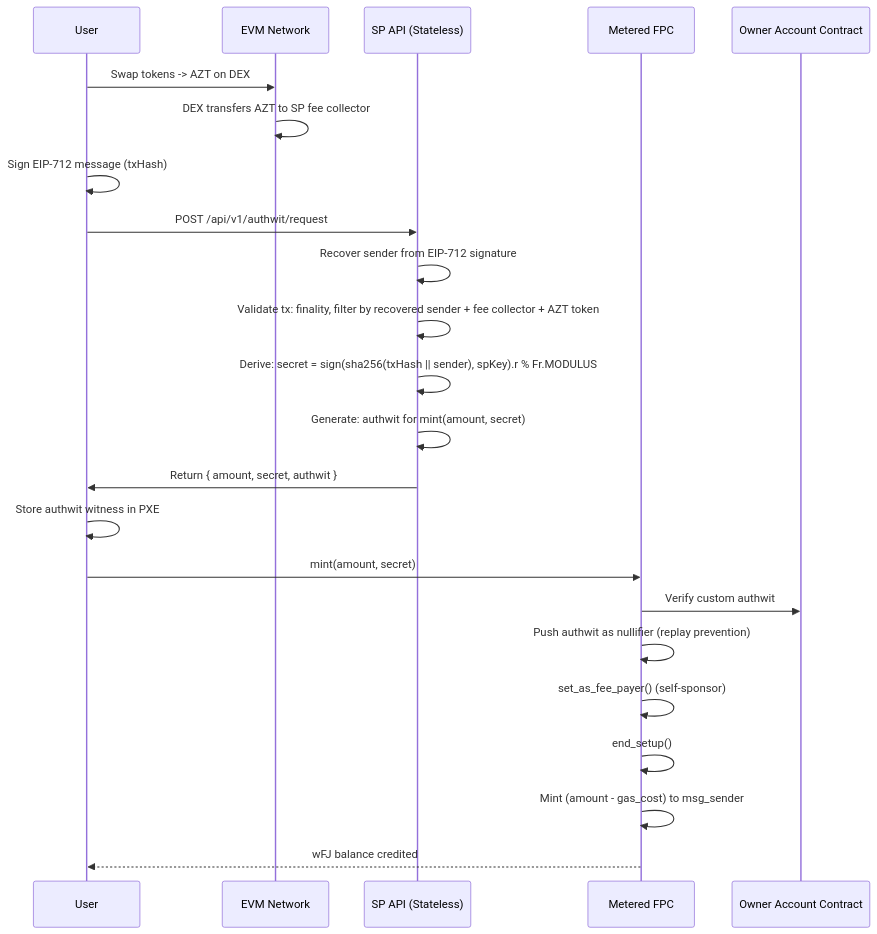
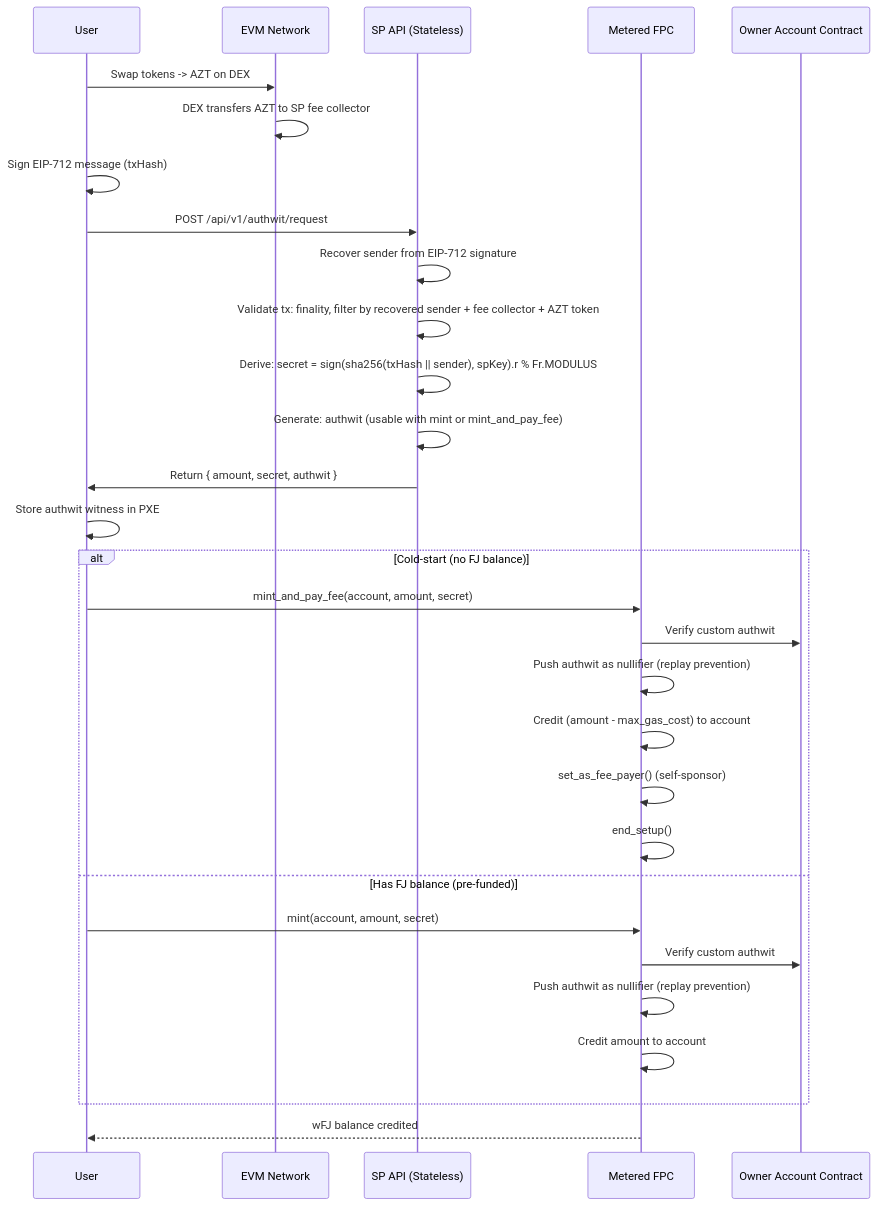
Before and after one commit to defi-wonderland/aztec-fee-payment: the third of 3 diagrams in docs/Fee Payment Contract (FPC) — Product Requirements.md, drawn with Mermaid. The commit also changed other lines of this file, not shown here.

````diff
--- a/docs/Fee Payment Contract (FPC) — Product Requirements.md
+++ b/docs/Fee Payment Contract (FPC) — Product Requirements.md
@@ -521,28 +532,36 @@
 ```mermaid
 sequenceDiagram
     participant User
     participant EVM as EVM Network
     participant API as SP API (Stateless)
     participant FPC as Metered FPC
     participant OAC as Owner Account Contract
 
     User->>EVM: Swap tokens -> AZT on DEX
     EVM->>EVM: DEX transfers AZT to SP fee collector
     User->>User: Sign EIP-712 message (txHash)
     User->>API: POST /api/v1/authwit/request
 
     API->>API: Recover sender from EIP-712 signature
     API->>API: Validate tx: finality, filter by recovered sender + fee collector + AZT token
     API->>API: Derive: secret = sign(sha256(txHash || sender), spKey).r % Fr.MODULUS
-    API->>API: Generate: authwit for mint(amount, secret)
+    API->>API: Generate: authwit (usable with mint or mint_and_pay_fee)
     API->>User: Return { amount, secret, authwit }
 
     User->>User: Store authwit witness in PXE
-    User->>FPC: mint(amount, secret)
-    FPC->>OAC: Verify custom authwit
-    FPC->>FPC: Push authwit as nullifier (replay prevention)
-    FPC->>FPC: set_as_fee_payer() (self-sponsor)
-    FPC->>FPC: end_setup()
-    FPC->>FPC: Mint (amount - gas_cost) to msg_sender
+
+    alt Cold-start (no FJ balance)
+        User->>FPC: mint_and_pay_fee(account, amount, secret)
+        FPC->>OAC: Verify custom authwit
+        FPC->>FPC: Push authwit as nullifier (replay prevention)
+        FPC->>FPC: Credit (amount - max_gas_cost) to account
+        FPC->>FPC: set_as_fee_payer() (self-sponsor)
+        FPC->>FPC: end_setup()
+    else Has FJ balance (pre-funded)
+        User->>FPC: mint(account, amount, secret)
+        FPC->>OAC: Verify custom authwit
+        FPC->>FPC: Push authwit as nullifier (replay prevention)
+        FPC->>FPC: Credit amount to account
+    end
     FPC-->>User: wFJ balance credited
 ```
````
